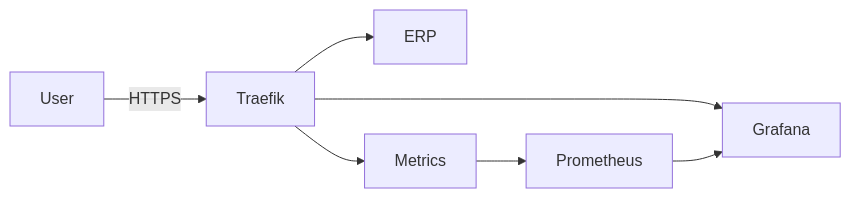
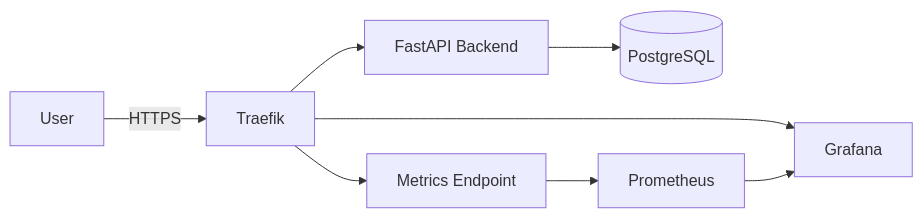
Before and after one commit to AdrianWojewoda/erp-devops-portfolio: the diagram in README.md, drawn with Mermaid. The commit also changed other lines of this file and 4 other files, not shown here.

````diff
--- a/README.md
+++ b/README.md
@@ -51,9 +54,10 @@
 ```mermaid
 flowchart LR
-  User -->|HTTPS| Traefik
-  Traefik --> ERP
-  Traefik --> Grafana
-  Traefik --> Metrics
-  Metrics --> Prometheus
-  Prometheus --> Grafana
+  U[User] -->|HTTPS| T[Traefik]
+  T --> ERP[FastAPI Backend]
+  T --> G[Grafana]
+  ERP --> DB[(PostgreSQL)]
+  T --> M[Metrics Endpoint]
+  M --> P[Prometheus]
+  P --> G
 ```
````
